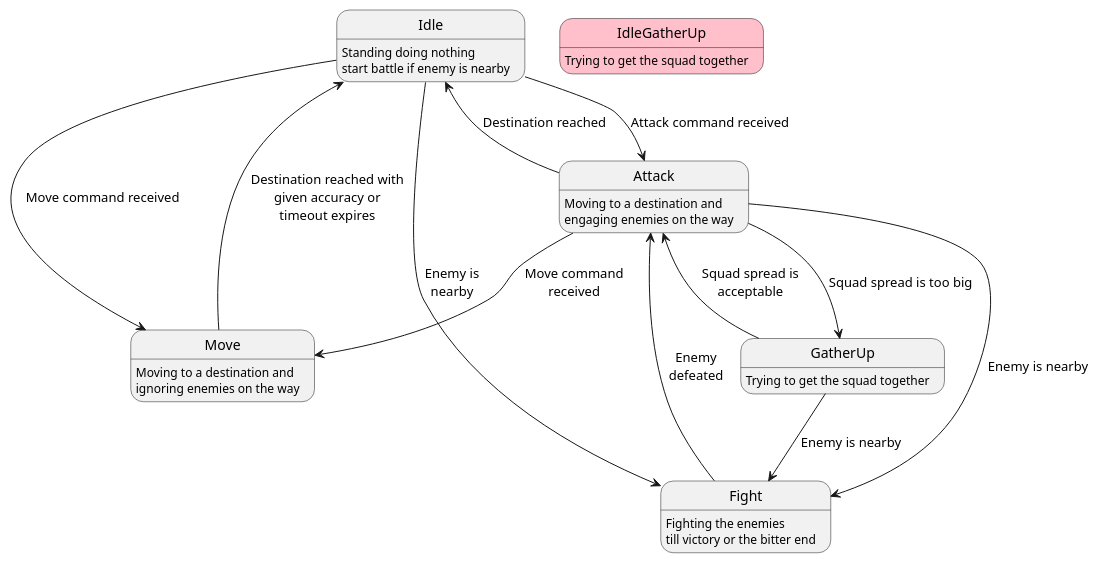
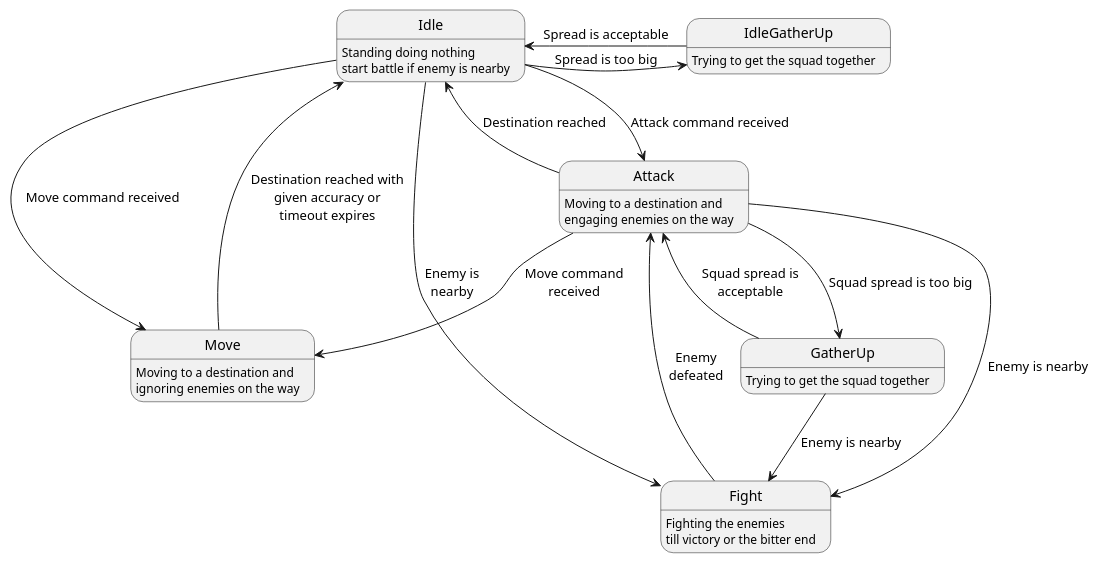
One commit to dikys/HordeScripts changed the diagram in Scripts/Mira/Docs/SquadStates.puml. Above: the diagram before and after it, drawn with PlantUML.

Commit message:
Update squad state diagram due to implementation of idle gather up state

```diff
--- a/Scripts/Mira/Docs/SquadStates.puml
+++ b/Scripts/Mira/Docs/SquadStates.puml
@@ -1,26 +1,29 @@
 @startuml squad states
 
 state Idle : Standing doing nothing\nstart battle if enemy is nearby
 state Move : Moving to a destination and\nignoring enemies on the way
 state Attack : Moving to a destination and\nengaging enemies on the way
 state GatherUp : Trying to get the squad together
 state Fight : Fighting the enemies\ntill victory or the bitter end
-state IdleGatherUp #pink : Trying to get the squad together
+state IdleGatherUp: Trying to get the squad together
 
 Idle --> Move: Move command received
 Idle --> Attack: Attack command received
 Idle --> Fight: Enemy is\nnearby
+Idle -> IdleGatherUp: Spread is too big
 
 Attack --> GatherUp: Squad spread is too big
 Attack --> Fight: Enemy is nearby
 Attack --> Idle: Destination reached
 Attack --> Move: Move command\nreceived
 
 GatherUp --> Attack: Squad spread is\nacceptable
 GatherUp --> Fight: Enemy is nearby
 
 Move --> Idle: Destination reached with\ngiven accuracy or\ntimeout expires
 
 Fight --> Attack: Enemy\ndefeated
 
+IdleGatherUp -> Idle: Spread is acceptable
+
 @enduml
```
